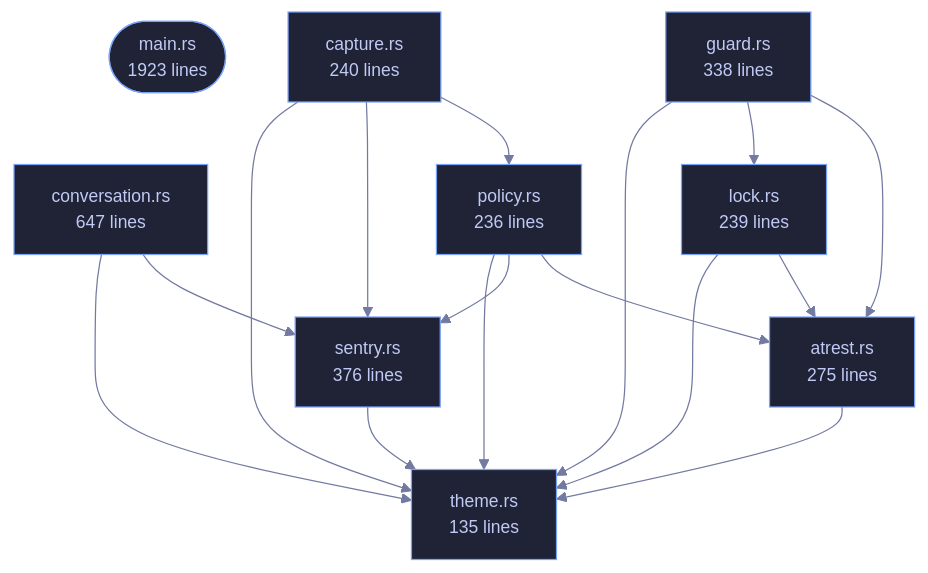
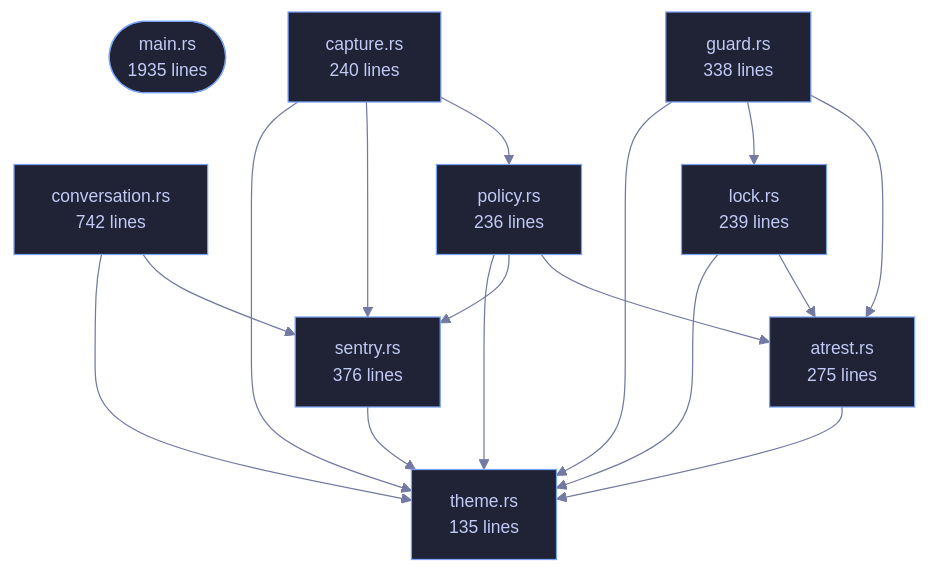
Before and after one commit to tilas01/veilvoice: the diagram in crates/veilvoice-cli/README.md, drawn with Mermaid. The commit also changed other lines of this file and 32 other files, not shown here.

````diff
--- a/crates/veilvoice-cli/README.md
+++ b/crates/veilvoice-cli/README.md
@@ -97,37 +97,37 @@
 ```mermaid
 %%{init: {"theme":"base","themeVariables":{"background":"#1a1b26","primaryColor":"#1f2335","primaryTextColor":"#c0caf5","primaryBorderColor":"#7aa2f7","secondaryColor":"#16161e","tertiaryColor":"#16161e","lineColor":"#737aa2","textColor":"#c0caf5","mainBkg":"#1f2335","nodeBorder":"#7aa2f7","clusterBkg":"#16161e","clusterBorder":"#2f3549","fontFamily":"ui-monospace, SFMono-Regular, Consolas, monospace","fontSize":"14px"}}}%%
 flowchart TD
-    n_main(["main.rs<br/>1923 lines"])
+    n_main(["main.rs<br/>1935 lines"])
     n_atrest["atrest.rs<br/>275 lines"]
     n_capture["capture.rs<br/>240 lines"]
-    n_conversation["conversation.rs<br/>647 lines"]
+    n_conversation["conversation.rs<br/>742 lines"]
     n_guard["guard.rs<br/>338 lines"]
     n_lock["lock.rs<br/>239 lines"]
     n_policy["policy.rs<br/>236 lines"]
     n_sentry["sentry.rs<br/>376 lines"]
     n_theme["theme.rs<br/>135 lines"]
     n_atrest --> n_theme
     n_capture --> n_policy
     n_capture --> n_sentry
     n_capture --> n_theme
     n_conversation --> n_sentry
     n_conversation --> n_theme
     n_guard --> n_atrest
     n_guard --> n_lock
     n_guard --> n_theme
     n_lock --> n_atrest
     n_lock --> n_theme
     n_policy --> n_atrest
     n_policy --> n_sentry
     n_policy --> n_theme
     n_sentry --> n_theme
     click n_main href "https://github.com/tilas01/veilvoice/blob/main/crates/veilvoice-cli/src/main.rs" "open the source"
     click n_atrest href "https://github.com/tilas01/veilvoice/blob/main/crates/veilvoice-cli/src/atrest.rs" "open the source"
     click n_capture href "https://github.com/tilas01/veilvoice/blob/main/crates/veilvoice-cli/src/capture.rs" "open the source"
     click n_conversation href "https://github.com/tilas01/veilvoice/blob/main/crates/veilvoice-cli/src/conversation.rs" "open the source"
     click n_guard href "https://github.com/tilas01/veilvoice/blob/main/crates/veilvoice-cli/src/guard.rs" "open the source"
     click n_lock href "https://github.com/tilas01/veilvoice/blob/main/crates/veilvoice-cli/src/lock.rs" "open the source"
     click n_policy href "https://github.com/tilas01/veilvoice/blob/main/crates/veilvoice-cli/src/policy.rs" "open the source"
     click n_sentry href "https://github.com/tilas01/veilvoice/blob/main/crates/veilvoice-cli/src/sentry.rs" "open the source"
     click n_theme href "https://github.com/tilas01/veilvoice/blob/main/crates/veilvoice-cli/src/theme.rs" "open the source"
 ```
````
